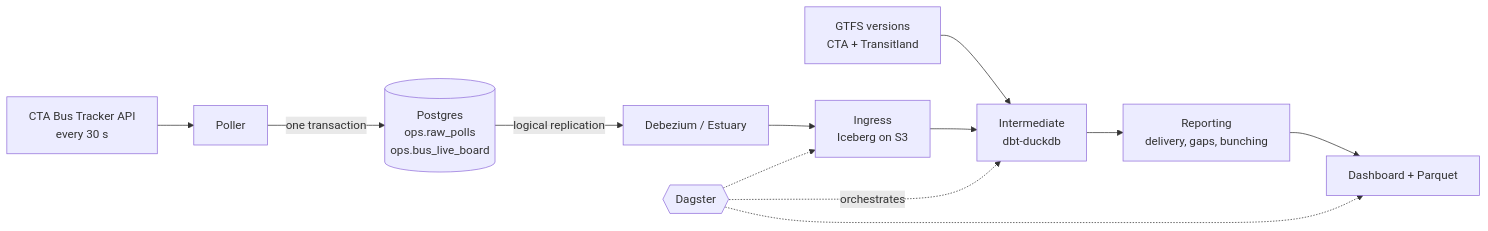
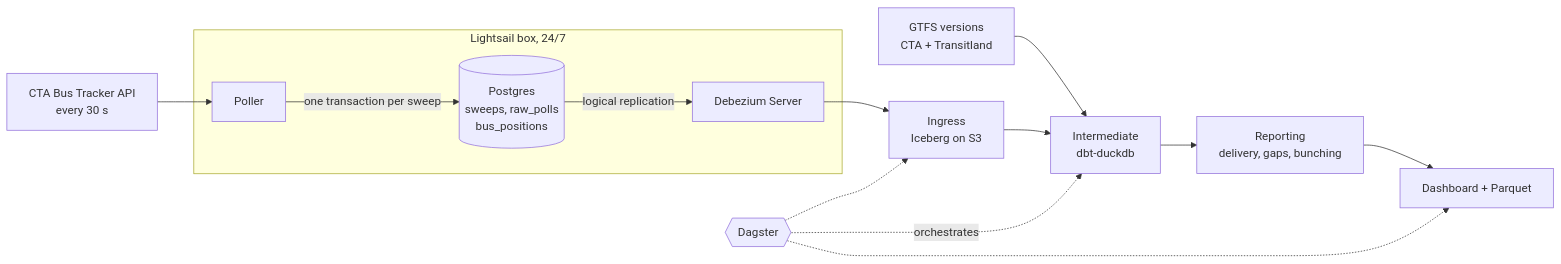
The diagram in README.md (sohammandal/chitransit), drawn with Mermaid before and after one commit. The commit also changed other lines of this file and 15 other files, not shown here.

First line of the commit message:
Restructure repo, add dbmate migrations and the week-1 schema

````diff
--- a/README.md
+++ b/README.md
@@ -39,14 +39,16 @@
 ```mermaid
 flowchart LR
-    BT[CTA Bus Tracker API<br/>every 30 s] --> P[Poller]
-    P -->|one transaction| PG[(Postgres<br/>ops.raw_polls<br/>ops.bus_live_board)]
-    PG -->|logical replication| CDC[Debezium / Estuary]
+    BT[CTA Bus Tracker API<br/>every 30 s] --> P
+    subgraph BOX[Lightsail box, 24/7]
+        P[Poller] -->|one transaction per sweep| PG[(Postgres<br/>sweeps, raw_polls<br/>bus_positions)]
+        PG -->|logical replication| CDC[Debezium Server]
+    end
     CDC --> ING[Ingress<br/>Iceberg on S3]
     GTFS[GTFS versions<br/>CTA + Transitland] --> INT
     ING --> INT[Intermediate<br/>dbt-duckdb]
     INT --> REP[Reporting<br/>delivery, gaps, bunching]
     REP --> OUT[Dashboard + Parquet]
     DG{{Dagster}} -.orchestrates.-> INT
     DG -.-> ING
     DG -.-> OUT
 ```
````
